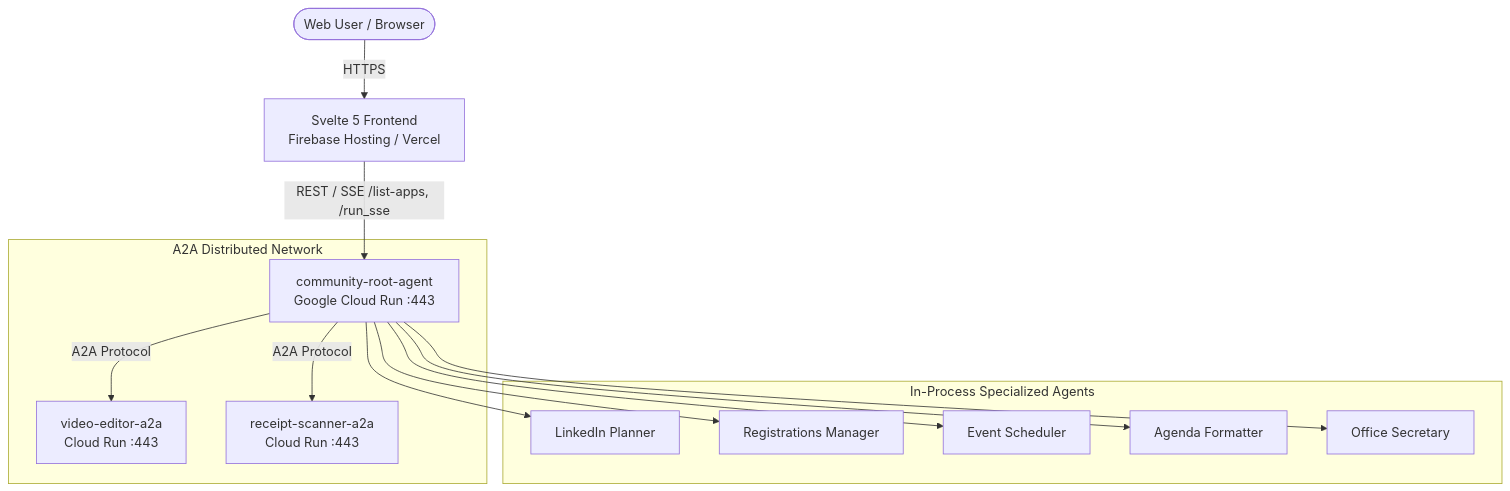
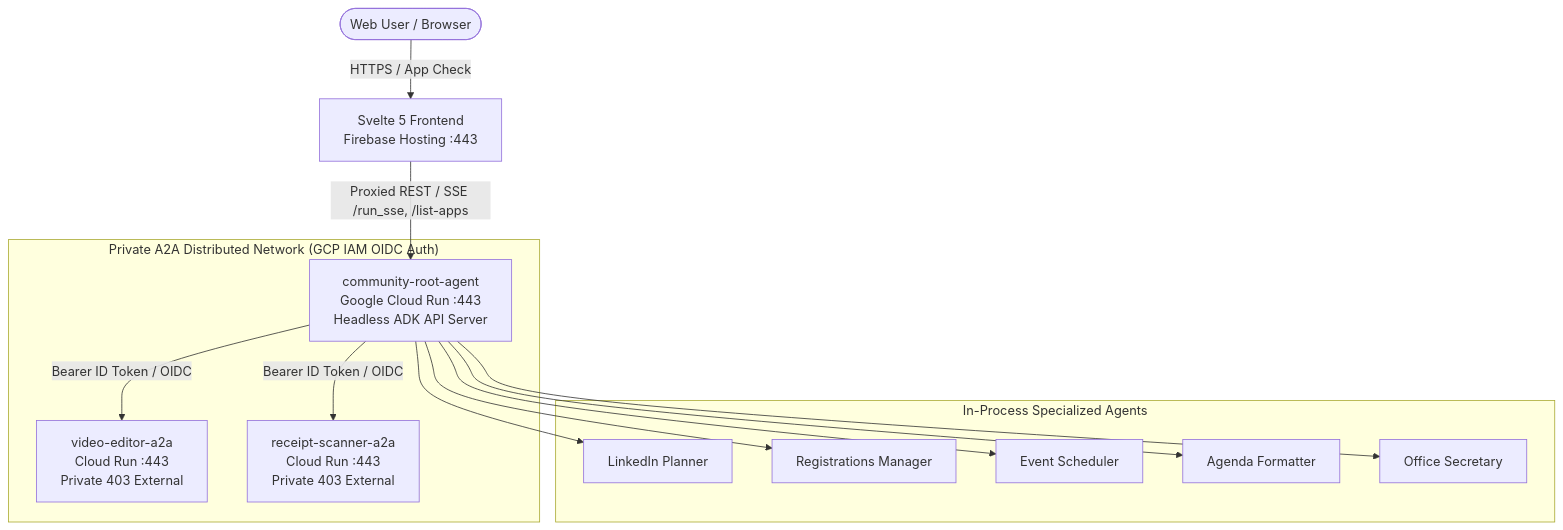
The diagram in docs/DEPLOYMENT_GUIDE.md (aplachykau-git/gdg_agents), drawn with Mermaid before and after one commit. The commit also changed other lines of this file and 12 other files, not shown here.

Commit message:
feat: implement OIDC-based A2A authentication and transition Cloud Run services to private IAM-restricted access

````diff
--- a/docs/DEPLOYMENT_GUIDE.md
+++ b/docs/DEPLOYMENT_GUIDE.md
@@ -20,18 +20,18 @@
 ```mermaid
 graph TD
-    User([Web User / Browser]) -->|HTTPS| Frontend[Svelte 5 Frontend <br> Firebase Hosting / Vercel]
-    Frontend -->|REST / SSE /list-apps, /run_sse| RootAgent[community-root-agent <br> Google Cloud Run :443]
+    User([Web User / Browser]) -->|HTTPS / App Check| Frontend[Svelte 5 Frontend <br> Firebase Hosting :443]
+    Frontend -->|Proxied REST / SSE /run_sse, /list-apps| RootAgent[community-root-agent <br> Google Cloud Run :443 <br> Headless ADK API Server]
     
-    subgraph "A2A Distributed Network"
-        RootAgent -->|A2A Protocol| VideoAgent[video-editor-a2a <br> Cloud Run :443]
-        RootAgent -->|A2A Protocol| ReceiptAgent[receipt-scanner-a2a <br> Cloud Run :443]
+    subgraph "Private A2A Distributed Network (GCP IAM OIDC Auth)"
+        RootAgent -->|Bearer ID Token / OIDC| VideoAgent[video-editor-a2a <br> Cloud Run :443 <br> Private 403 External]
+        RootAgent -->|Bearer ID Token / OIDC| ReceiptAgent[receipt-scanner-a2a <br> Cloud Run :443 <br> Private 403 External]
     end
     
     subgraph "In-Process Specialized Agents"
         RootAgent --> LinkedIn[LinkedIn Planner]
         RootAgent --> RegManager[Registrations Manager]
         RootAgent --> Planner[Event Scheduler]
         RootAgent --> Agenda[Agenda Formatter]
         RootAgent --> Secretary[Office Secretary]
     end
 ```
````
